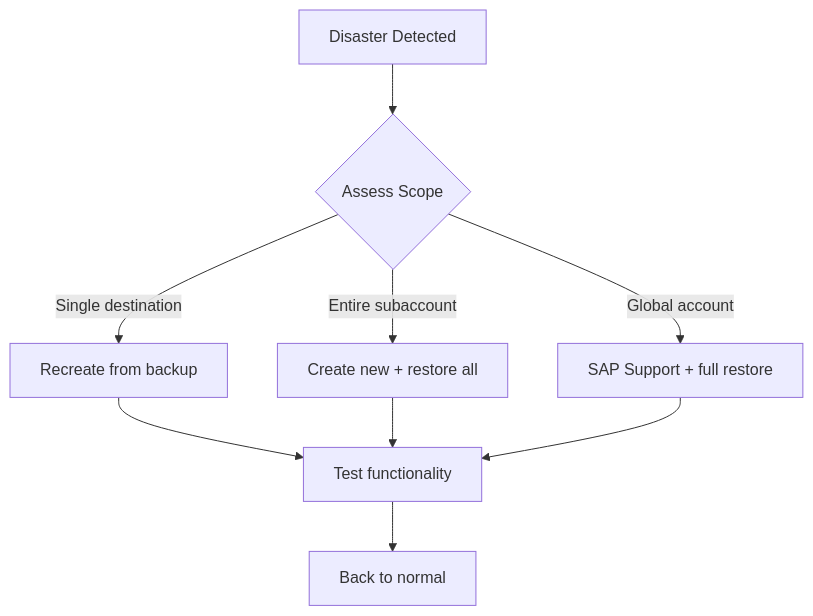
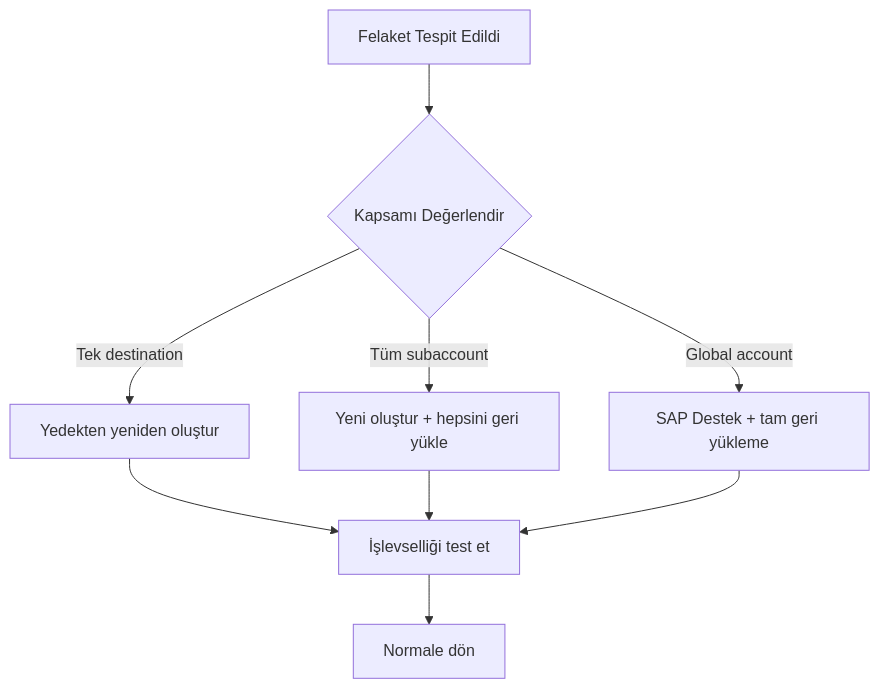
Diagram 11 of 11 in Technical Tutorials/BTP/TR/chapters/12-multi-client-management.md (beyhanmeyrali/sap-all), drawn with Mermaid before and after one commit. The commit also changed other lines of this file and 11 other files, not shown here.

````diff
--- a/Technical Tutorials/BTP/TR/chapters/12-multi-client-management.md
+++ b/Technical Tutorials/BTP/TR/chapters/12-multi-client-management.md
@@ -432,13 +432,13 @@
 ```mermaid
 flowchart TD
-    DR[Disaster Detected] --> ASSESS{Assess Scope}
-    ASSESS --> |"Single destination"| FIX1[Recreate from backup]
-    ASSESS --> |"Entire subaccount"| FIX2[Create new + restore all]
-    ASSESS --> |"Global account"| FIX3[SAP Support + full restore]
+    DR[Felaket Tespit Edildi] --> ASSESS{Kapsamı Değerlendir}
+    ASSESS --> |"Tek destination"| FIX1[Yedekten yeniden oluştur]
+    ASSESS --> |"Tüm subaccount"| FIX2[Yeni oluştur + hepsini geri yükle]
+    ASSESS --> |"Global account"| FIX3[SAP Destek + tam geri yükleme]
 
-    FIX1 --> TEST[Test functionality]
+    FIX1 --> TEST[İşlevselliği test et]
     FIX2 --> TEST
     FIX3 --> TEST
 
-    TEST --> DONE[Back to normal]
+    TEST --> DONE[Normale dön]
 ```
````
